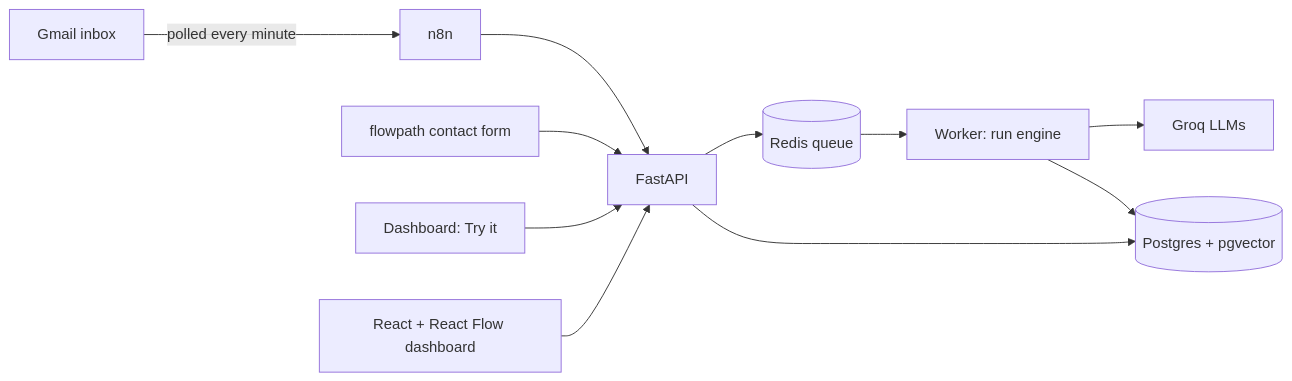
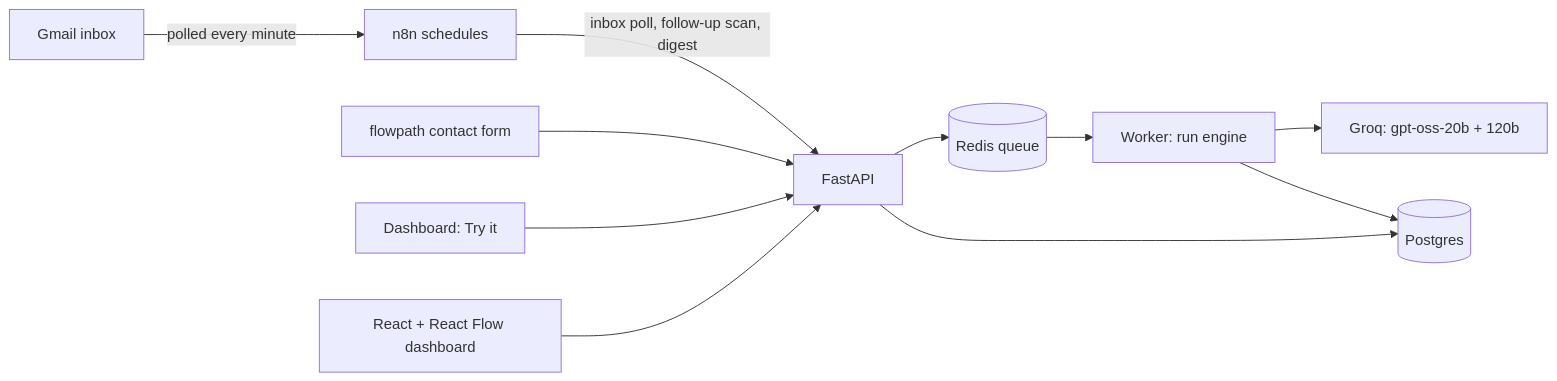
One commit to aqsak-dev99/autohub changed the diagram in README.md. Above: the diagram before and after it, drawn with Mermaid. The commit also changed other lines of this file and 43 other files, not shown here.

Commit message:
Follow-up Nudge, digest Today list, no-double-send guarantees, Postgres CI

````diff
--- a/README.md
+++ b/README.md
@@ -13,13 +21,13 @@
 ```mermaid
 flowchart LR
-    MAIL[Gmail inbox] -->|polled every minute| N8N[n8n]
-    N8N --> API[FastAPI]
+    MAIL[Gmail inbox] -->|polled every minute| N8N[n8n schedules]
+    N8N -->|inbox poll, follow-up scan, digest| API[FastAPI]
     FORM[flowpath contact form] --> API
     DASHT[Dashboard: Try it] --> API
     API --> Q[(Redis queue)]
     Q --> W[Worker: run engine]
-    W --> G[Groq LLMs]
-    W --> DB[(Postgres + pgvector)]
+    W --> G[Groq: gpt-oss-20b + 120b]
+    W --> DB[(Postgres)]
     API --> DB
     DASH[React + React Flow dashboard] --> API
 ```
````
